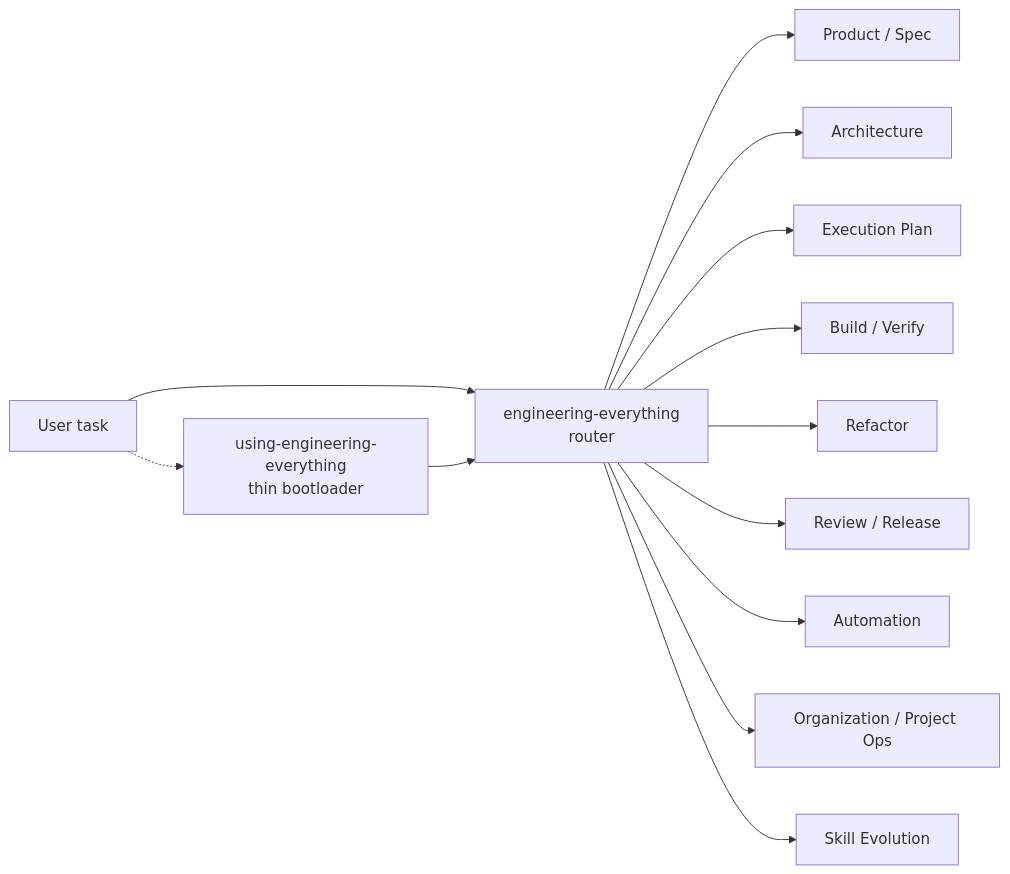
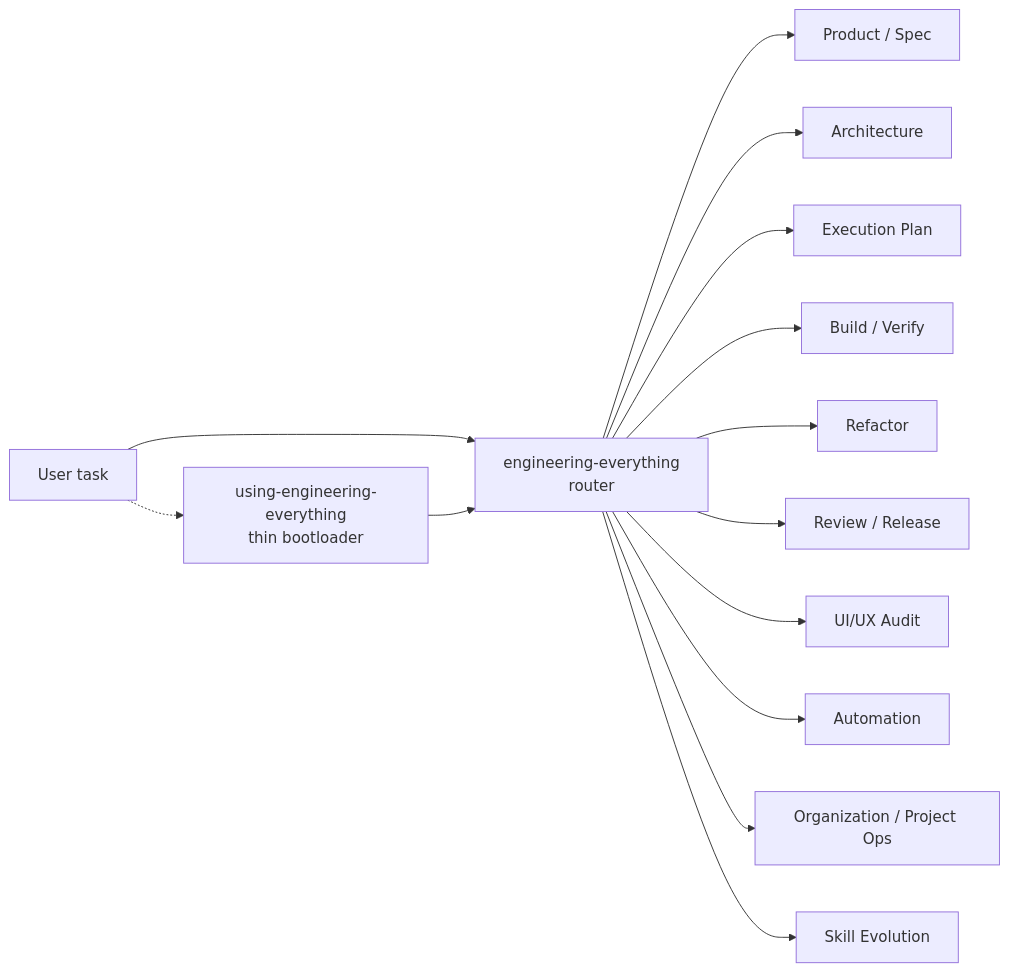
Before and after one commit to HaodiFan/engineering-everything: the diagram in README.md, drawn with Mermaid. The commit also changed other lines of this file and 53 other files, not shown here.

````diff
--- a/README.md
+++ b/README.md
@@ -47,15 +47,16 @@
 ```mermaid
 flowchart LR
   A["User task"] -.-> B["using-engineering-everything<br/>thin bootloader"]
   A --> C["engineering-everything<br/>router"]
   B --> C
   C --> D["Product / Spec"]
   C --> E["Architecture"]
   C --> F["Execution Plan"]
   C --> G["Build / Verify"]
   C --> H["Refactor"]
   C --> I["Review / Release"]
+  C --> U["UI/UX Audit"]
   C --> J["Automation"]
   C --> K["Organization / Project Ops"]
   C --> L["Skill Evolution"]
 ```
````
